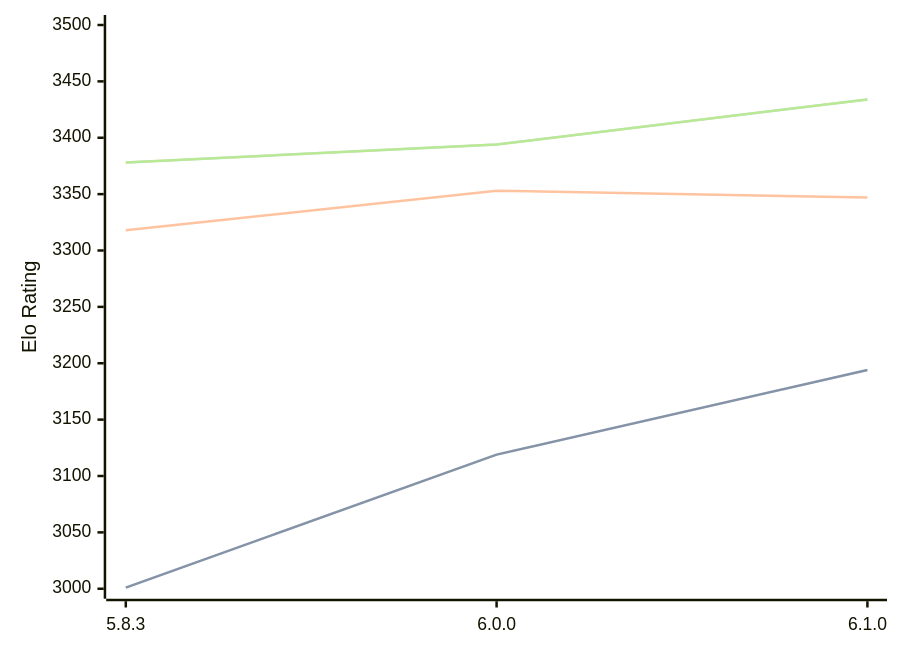
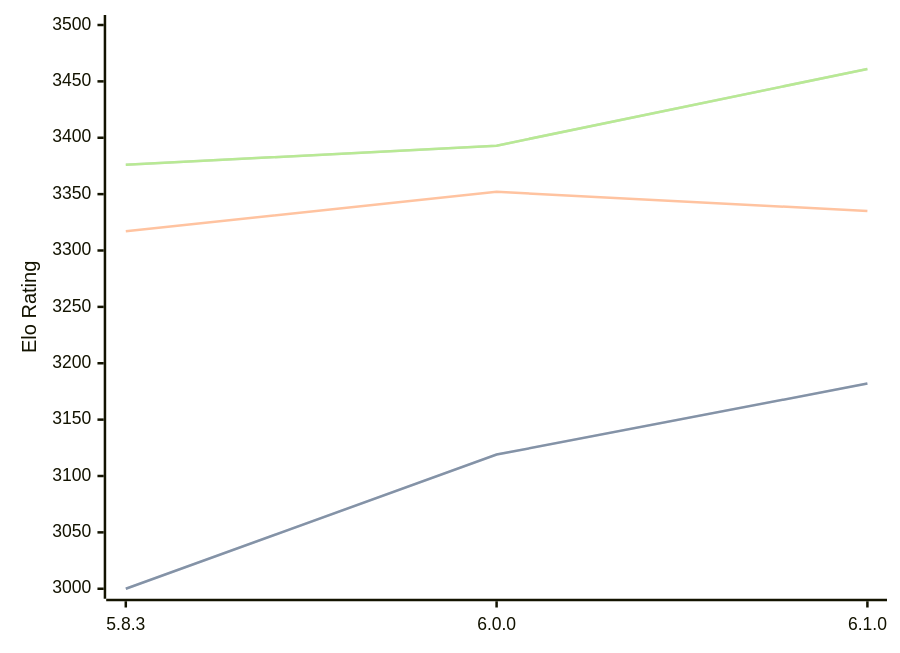
Before and after one commit to computer-chess-index/cci: the diagram in engines/Zigqueen.md, drawn with Mermaid. The commit also changed other lines of this file, not shown here.

Commit message:
Update CCI Ratings (ELO VLTC) - 2026-09-01

````diff
--- a/engines/Zigqueen.md
+++ b/engines/Zigqueen.md
@@ -36,11 +36,11 @@
 ```mermaid
 %%{init: {"theme":"base","themeVariables":{"seriesColors:['#a3a3a3','#222221','#faa371']}}}%%
 xychart-beta
   x-axis ["5.8.3", "6.0.0", "6.1.0"]
   y-axis "Elo Rating" 3000 --> 3500
-  line "" [3001, 3119, 3194]
-  line "STC (8.0+0.08s)" [3001, 3119, 3194]
-  line "LTC (60.0+0.60s)" [3318, 3353, 3347]
-  line "" [3378, 3394, 3434]
-  line "VLTC (2m24s+1.12s)" [3378, 3394, 3434]
+  line "" [3000, 3119, 3182]
+  line "STC (8.0+0.08s)" [3000, 3119, 3182]
+  line "LTC (60.0+0.60s)" [3317, 3352, 3335]
+  line "" [3376, 3393, 3461]
+  line "VLTC (2m24s+1.12s)" [3376, 3393, 3461]
 ```
````
